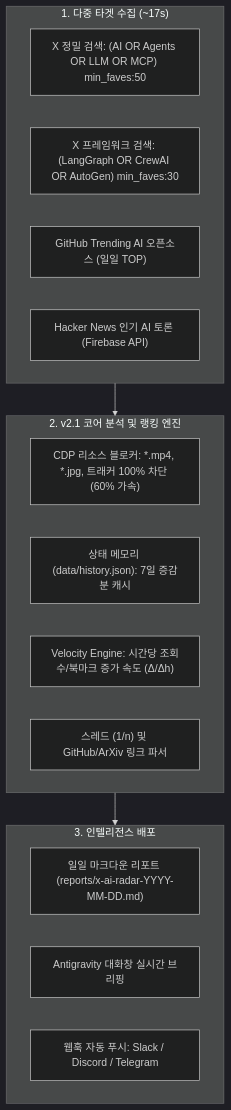
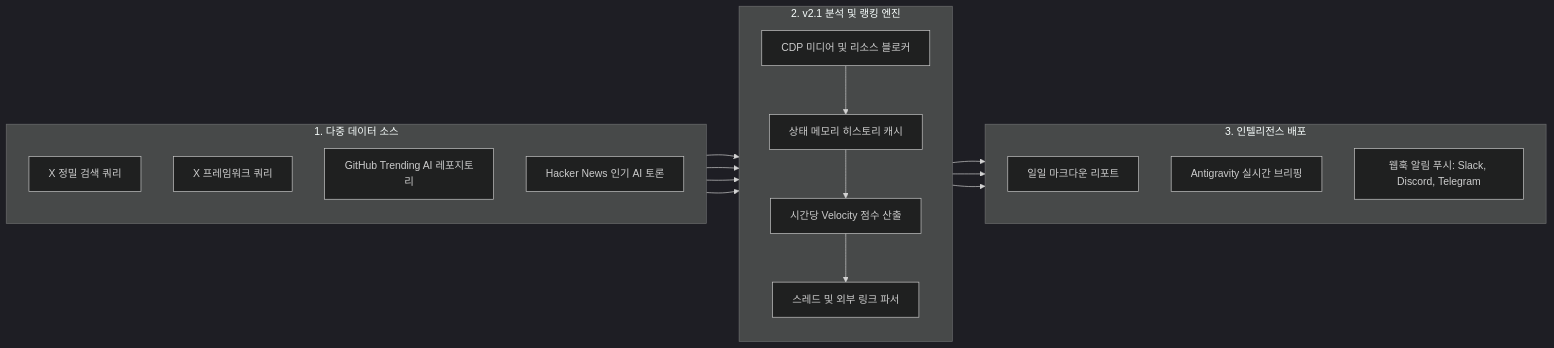
The diagram in README_KO.md (nanbada/X-AI-Radar), drawn with Mermaid (dark theme) before and after one commit. The commit also changed 2 other files, not shown here.

Commit message:
fix(docs): resolve GitHub Mermaid rendering issue by refactoring subgraph node linkages

````diff
--- a/README_KO.md
+++ b/README_KO.md
@@ -47,25 +47,36 @@
 ```mermaid
-flowchart TD
-    subgraph DataSources ["1. 다중 타겟 수집 (~17s)"]
-        A1["X 정밀 검색: (AI OR Agents OR LLM OR MCP) min_faves:50"]
-        A2["X 프레임워크 검색: (LangGraph OR CrewAI OR AutoGen) min_faves:30"]
-        A3["GitHub Trending AI 오픈소스 (일일 TOP)"]
-        A4["Hacker News 인기 AI 토론 (Firebase API)"]
+flowchart LR
+    subgraph Sources ["1. 다중 데이터 소스"]
+        direction TB
+        A1["X 정밀 검색 쿼리"]
+        A2["X 프레임워크 쿼리"]
+        A3["GitHub Trending AI 레포지토리"]
+        A4["Hacker News 인기 AI 토론"]
     end
 
-    subgraph CoreEngine ["2. v2.1 코어 분석 및 랭킹 엔진"]
-        B1["CDP 리소스 블로커: *.mp4, *.jpg, 트래커 100% 차단 (60% 가속)"]
-        B2["상태 메모리 (data/history.json): 7일 증감분 캐시"]
-        B3["Velocity Engine: 시간당 조회수/북마크 증가 속도 (Δ/Δh)"]
-        B4["스레드 (1/n) 및 GitHub/ArXiv 링크 파서"]
+    subgraph Core ["2. v2.1 분석 및 랭킹 엔진"]
+        direction TB
+        B1["CDP 미디어 및 리소스 블로커"]
+        B2["상태 메모리 히스토리 캐시"]
+        B3["시간당 Velocity 점수 산출"]
+        B4["스레드 및 외부 링크 파서"]
     end
 
-    subgraph OutputHub ["3. 인텔리전스 배포"]
-        C1["일일 마크다운 리포트 (reports/x-ai-radar-YYYY-MM-DD.md)"]
-        C2["Antigravity 대화창 실시간 브리핑"]
-        C3["웹훅 자동 푸시: Slack / Discord / Telegram"]
+    subgraph Outputs ["3. 인텔리전스 배포"]
+        direction TB
+        C1["일일 마크다운 리포트"]
+        C2["Antigravity 실시간 브리핑"]
+        C3["웹훅 알림 푸시: Slack, Discord, Telegram"]
     end
 
-    DataSources --> CoreEngine
-    CoreEngine --> OutputHub
+    A1 --> B1
+    A2 --> B1
+    A3 --> B3
+    A4 --> B3
+    B1 --> B2
+    B2 --> B3
+    B3 --> B4
+    B4 --> C1
+    B4 --> C2
+    B4 --> C3
 ```
````
